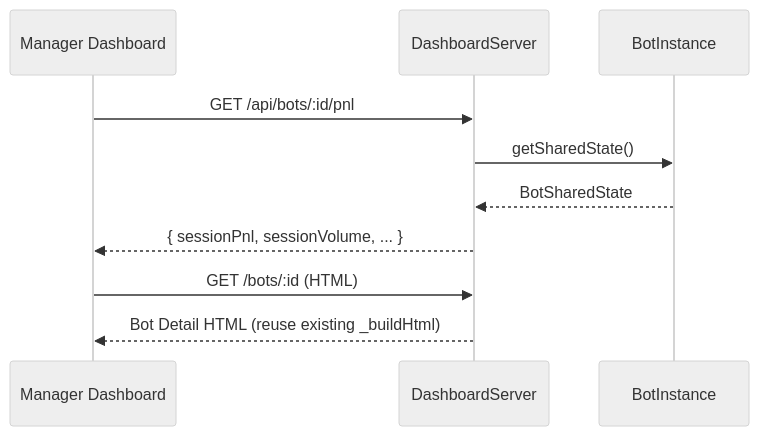
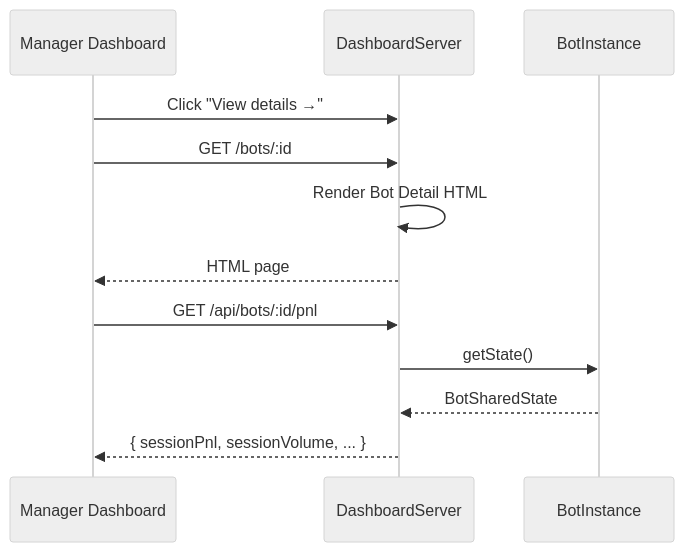
The fourth of 4 diagrams in .kiro/specs/multi-bot-manager/design.md (lthuangiang/apex), drawn with Mermaid (neutral theme) before and after one commit. The commit also changed other lines of this file and 4 other files, not shown here.

````diff
--- a/.kiro/specs/multi-bot-manager/design.md
+++ b/.kiro/specs/multi-bot-manager/design.md
@@ -107,14 +118,16 @@
 ```mermaid
 sequenceDiagram
     participant UI as Manager Dashboard
     participant DS as DashboardServer
     participant BI as BotInstance
 
+    UI->>DS: Click "View details →"
+    UI->>DS: GET /bots/:id
+    DS->>DS: Render Bot Detail HTML
+    DS-->>UI: HTML page
+    
     UI->>DS: GET /api/bots/:id/pnl
-    DS->>BI: getSharedState()
+    DS->>BI: getState()
     BI-->>DS: BotSharedState
     DS-->>UI: { sessionPnl, sessionVolume, ... }
-
-    UI->>DS: GET /bots/:id (HTML)
-    DS-->>UI: Bot Detail HTML (reuse existing _buildHtml)
 ```
````
